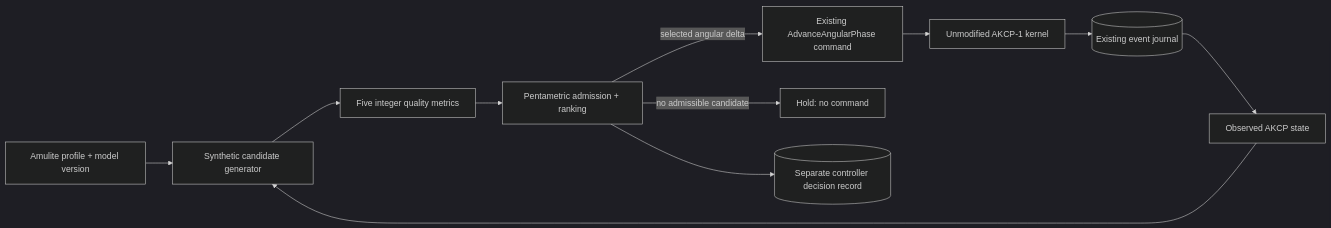
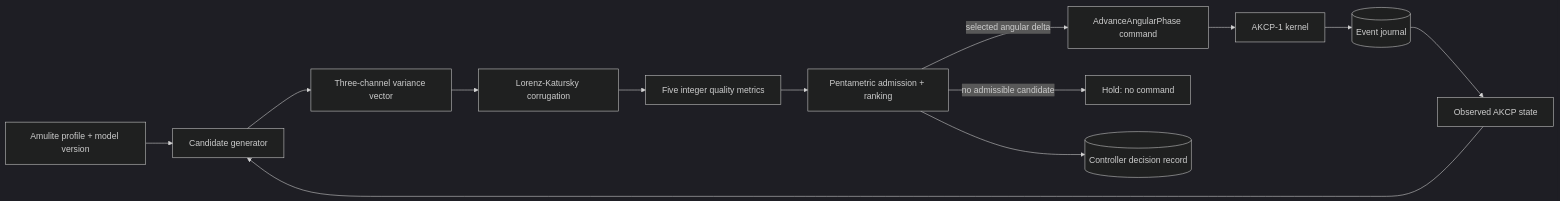
Before and after one commit to nullroar/axisymmetric-kinematic-consensus: the diagram in docs/turbo-encabulation.md, drawn with Mermaid (dark theme). The commit also changed other lines of this file and 7 other files, not shown here.

Commit message:
Implement Lorenz-Katursky variance corrugation

````diff
--- a/docs/turbo-encabulation.md
+++ b/docs/turbo-encabulation.md
@@ -36,13 +19,15 @@
 ```mermaid
 flowchart LR
-  A["Amulite profile + model version"] --> G["Synthetic candidate generator"]
+  A["Amulite profile + model version"] --> G["Candidate generator"]
   S["Observed AKCP state"] --> G
-  G --> M["Five integer quality metrics"]
+  G --> V["Three-channel variance vector"]
+  V --> LK["Lorenz-Katursky corrugation"]
+  LK --> M["Five integer quality metrics"]
   M --> P["Pentametric admission + ranking"]
-  P -->|selected angular delta| C["Existing AdvanceAngularPhase command"]
+  P -->|selected angular delta| C["AdvanceAngularPhase command"]
   P -->|no admissible candidate| H["Hold: no command"]
-  C --> K["Unmodified AKCP-1 kernel"]
-  K --> J[("Existing event journal")]
+  C --> K["AKCP-1 kernel"]
+  K --> J[("Event journal")]
   J --> S
-  P --> D[("Separate controller decision record")]
+  P --> D[("Controller decision record")]
 ```
````
